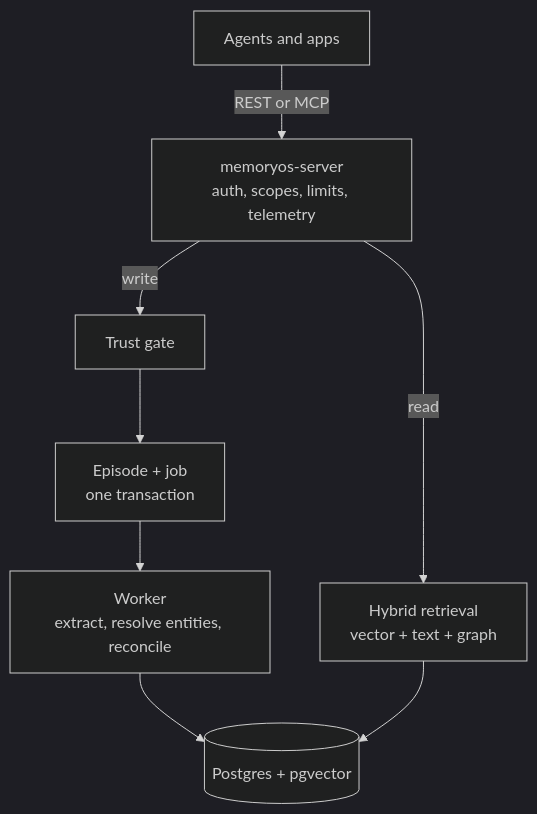
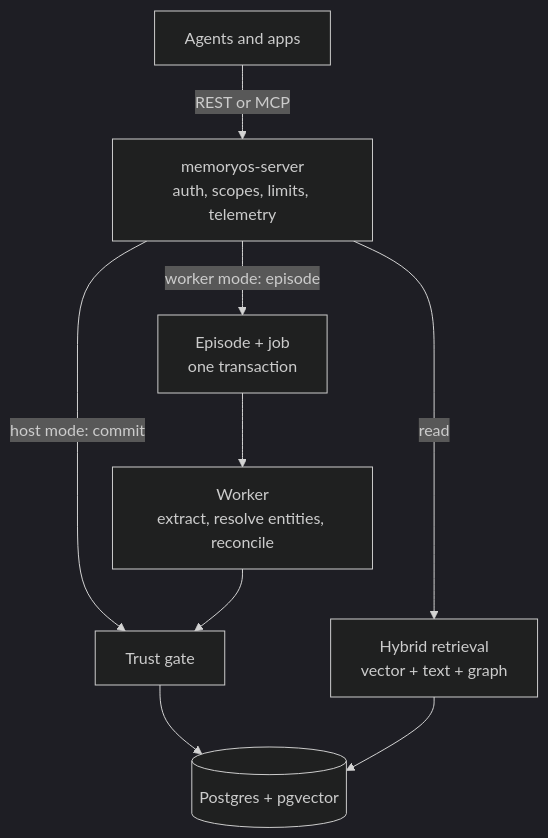
One commit to arkrwn/memoryos changed the first of 2 diagrams in README.md. Above: the diagram before and after it, drawn with Mermaid (dark theme). The commit also changed other lines of this file and 8 other files, not shown here.

````diff
--- a/README.md
+++ b/README.md
@@ -55,10 +105,11 @@
 ```mermaid
 flowchart TD
     A[Agents and apps] -->|REST or MCP| S[memoryos-server<br/>auth, scopes, limits, telemetry]
-    S -->|write| G[Trust gate]
+    S -->|host mode: commit| G[Trust gate]
+    S -->|worker mode: episode| E[Episode + job<br/>one transaction]
     S -->|read| R[Hybrid retrieval<br/>vector + text + graph]
-    G --> E[Episode + job<br/>one transaction]
     E --> W[Worker<br/>extract, resolve entities, reconcile]
-    W --> DB[(Postgres + pgvector)]
+    W --> G
+    G --> DB[(Postgres + pgvector)]
     R --> DB
 ```
````
